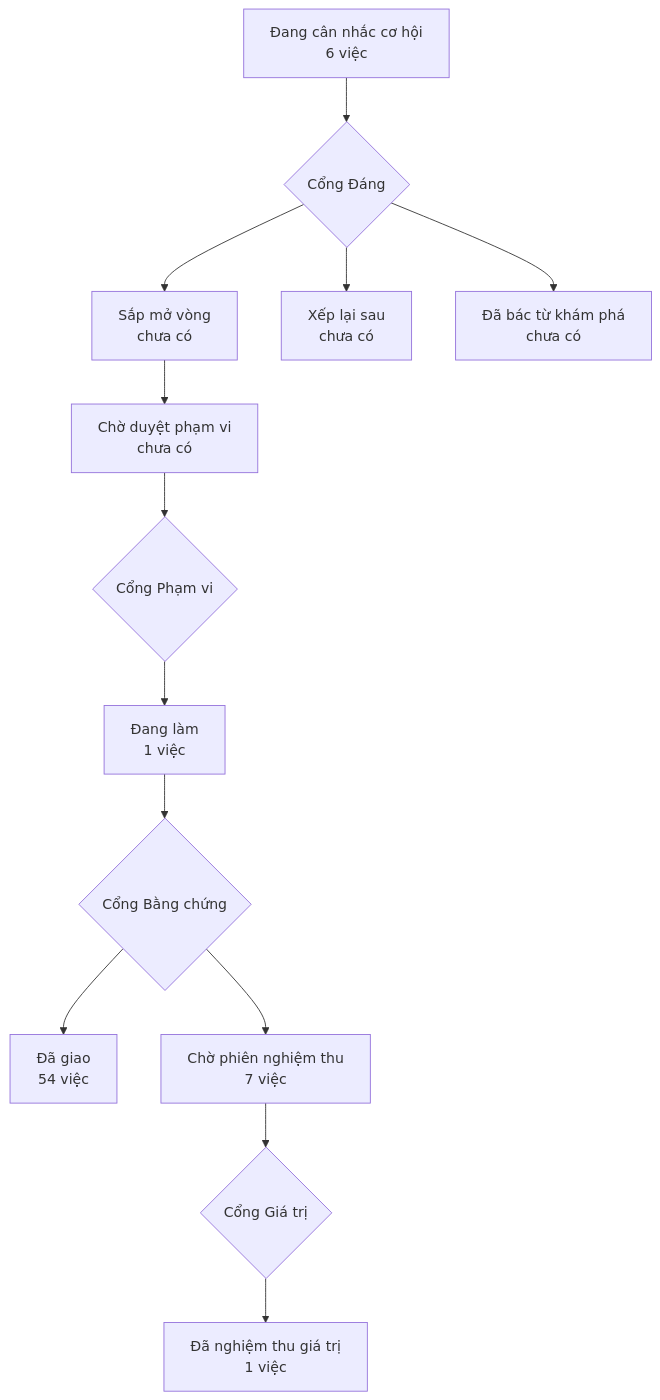
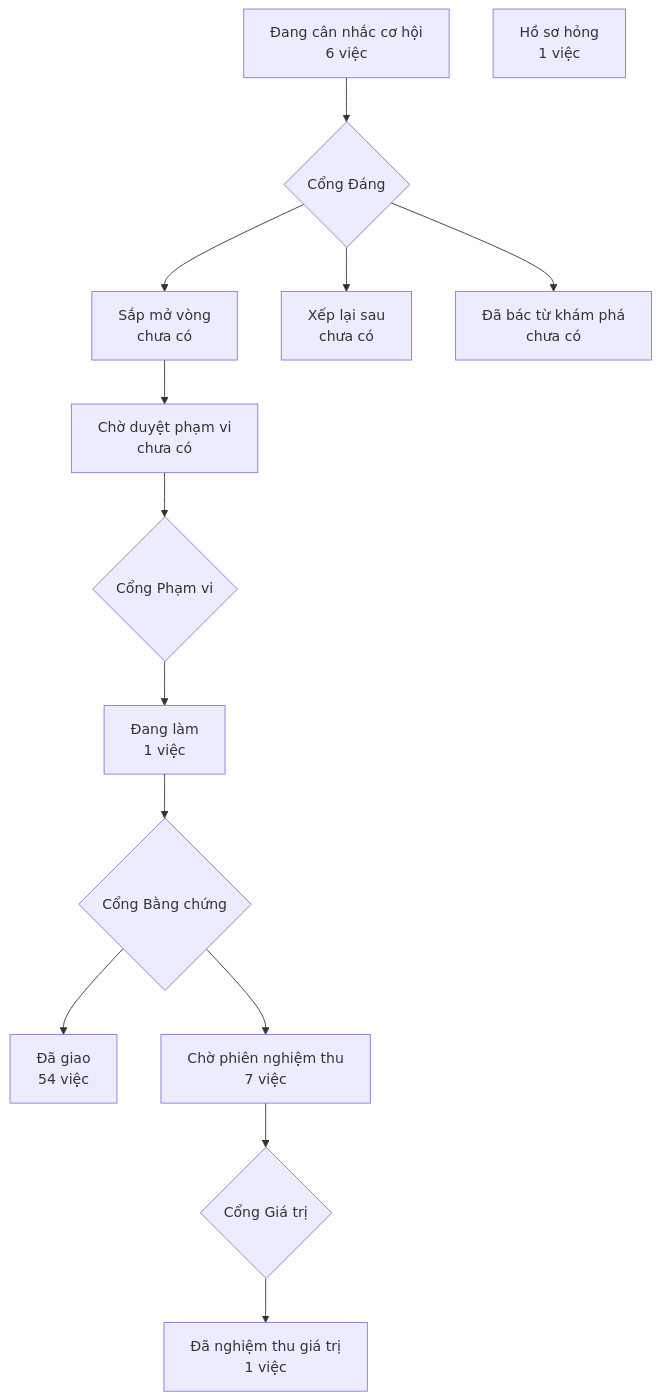
One commit to phanlemanh/crm-onehub changed the diagram in PRODUCT-MAP.md. Above: the diagram before and after it, drawn with Mermaid. The commit also changed other lines of this file, not shown here.

````diff
--- a/PRODUCT-MAP.md
+++ b/PRODUCT-MAP.md
@@ -6,12 +6,13 @@
 ```mermaid
 flowchart TD
   A["Đang cân nhắc cơ hội<br/>6 việc"] --> GD{"Cổng Đáng"}
   GD --> B["Sắp mở vòng<br/>chưa có"]
   GD --> XL["Xếp lại sau<br/>chưa có"]
   GD --> DB["Đã bác từ khám phá<br/>chưa có"]
   B --> CD["Chờ duyệt phạm vi<br/>chưa có"] --> GP{"Cổng Phạm vi"}
   GP --> DL["Đang làm<br/>1 việc"] --> GB{"Cổng Bằng chứng"}
   GB --> DG["Đã giao<br/>54 việc"]
   GB --> CN["Chờ phiên nghiệm thu<br/>7 việc"] --> GG{"Cổng Giá trị"}
   GG --> NT["Đã nghiệm thu giá trị<br/>1 việc"]
+  HS["Hồ sơ hỏng<br/>1 việc"]
 ```
````
